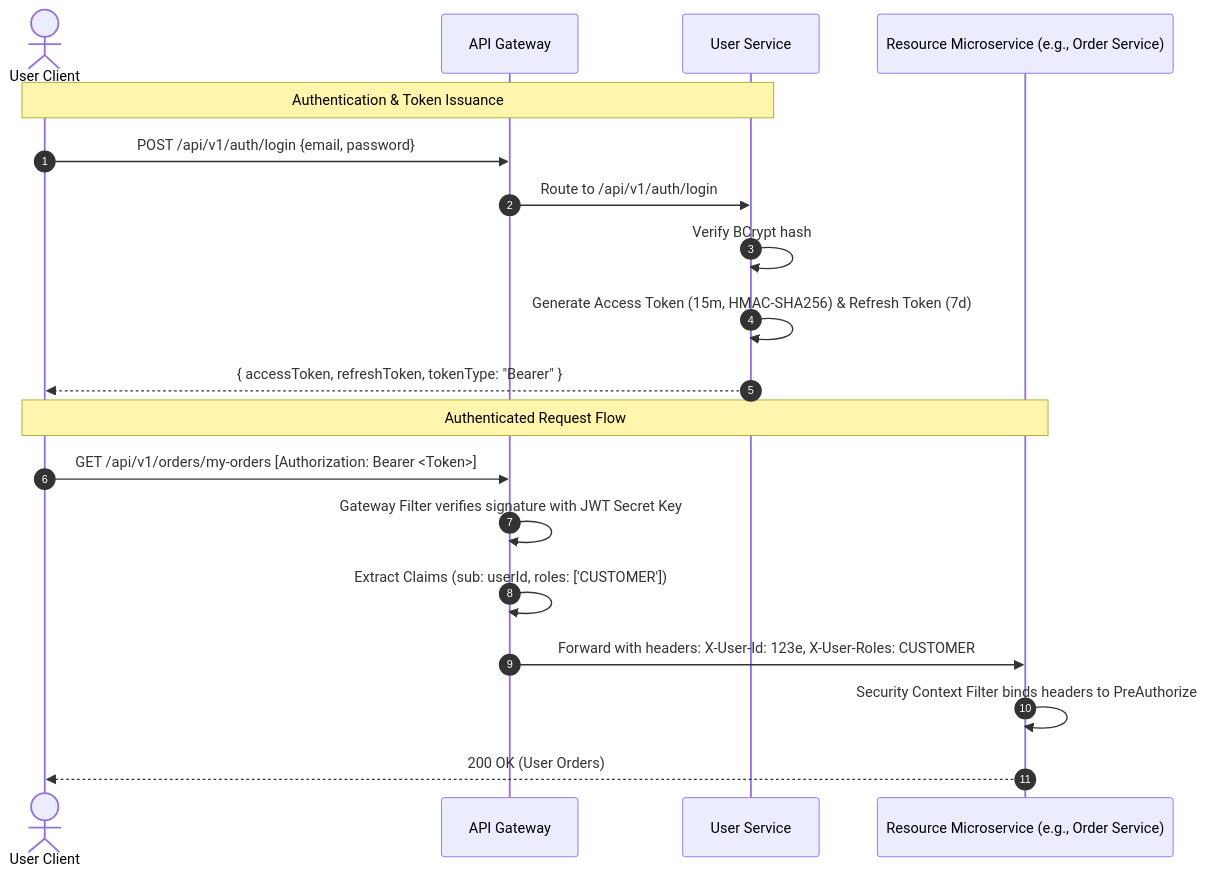
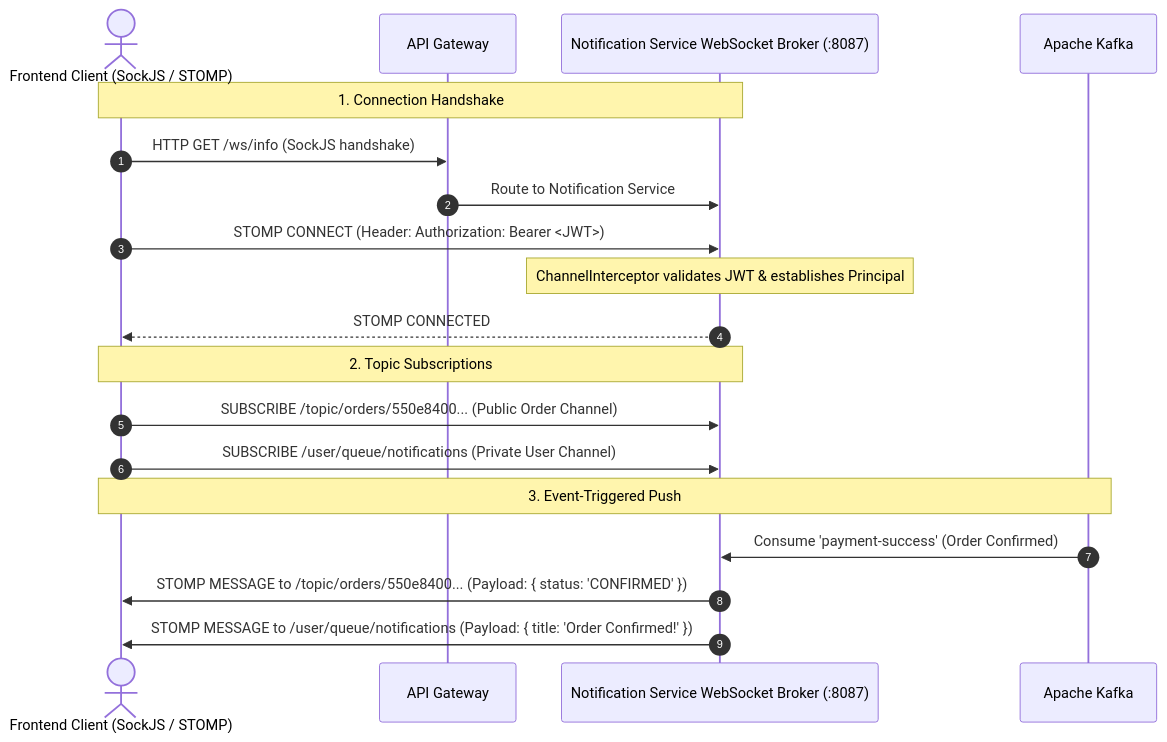
Before and after one commit to Tabish-kn/ShopSphere: the seventh of 8 diagrams in docs/architecture/system-design.md, drawn with Mermaid. The commit also changed other lines of this file and 73 other files, not shown here.

Commit message:
feat: add enterprise configuration, core exception classes, and architecture documentation

````diff
--- a/docs/architecture/system-design.md
+++ b/docs/architecture/system-design.md
@@ -462,23 +472,24 @@
 ```mermaid
 sequenceDiagram
     autonumber
-    actor Client as User Client
+    actor Browser as Frontend Client (SockJS / STOMP)
     participant GW as API Gateway
-    participant UserSvc as User Service
-    participant ResourceSvc as Resource Microservice (e.g., Order Service)
+    participant NotifWS as Notification Service WebSocket Broker (:8087)
+    participant Kafka as Apache Kafka
 
-    Note over Client, UserSvc: Authentication & Token Issuance
-    Client->>GW: POST /api/v1/auth/login {email, password}
-    GW->>UserSvc: Route to /api/v1/auth/login
-    UserSvc->>UserSvc: Verify BCrypt hash
-    UserSvc->>UserSvc: Generate Access Token (15m, HMAC-SHA256) & Refresh Token (7d)
-    UserSvc-->>Client: { accessToken, refreshToken, tokenType: "Bearer" }
+    Note over Browser, NotifWS: 1. Connection Handshake
+    Browser->>GW: HTTP GET /ws/info (SockJS handshake)
+    GW->>NotifWS: Route to Notification Service
+    Browser->>NotifWS: STOMP CONNECT (Header: Authorization: Bearer <JWT>)
+    Note over NotifWS: ChannelInterceptor validates JWT & establishes Principal
+    NotifWS-->>Browser: STOMP CONNECTED
 
-    Note over Client, ResourceSvc: Authenticated Request Flow
-    Client->>GW: GET /api/v1/orders/my-orders [Authorization: Bearer <Token>]
-    GW->>GW: Gateway Filter verifies signature with JWT Secret Key
-    GW->>GW: Extract Claims (sub: userId, roles: ['CUSTOMER'])
-    GW->>ResourceSvc: Forward with headers: X-User-Id: 123e, X-User-Roles: CUSTOMER
-    ResourceSvc->>ResourceSvc: Security Context Filter binds headers to PreAuthorize
-    ResourceSvc-->>Client: 200 OK (User Orders)
+    Note over Browser, NotifWS: 2. Topic Subscriptions
+    Browser->>NotifWS: SUBSCRIBE /topic/orders/550e8400... (Public Order Channel)
+    Browser->>NotifWS: SUBSCRIBE /user/queue/notifications (Private User Channel)
+
+    Note over Kafka, Browser: 3. Event-Triggered Push
+    Kafka->>NotifWS: Consume 'payment-success' (Order Confirmed)
+    NotifWS->>Browser: STOMP MESSAGE to /topic/orders/550e8400... (Payload: { status: 'CONFIRMED' })
+    NotifWS->>Browser: STOMP MESSAGE to /user/queue/notifications (Payload: { title: 'Order Confirmed!' })
 ```
````
